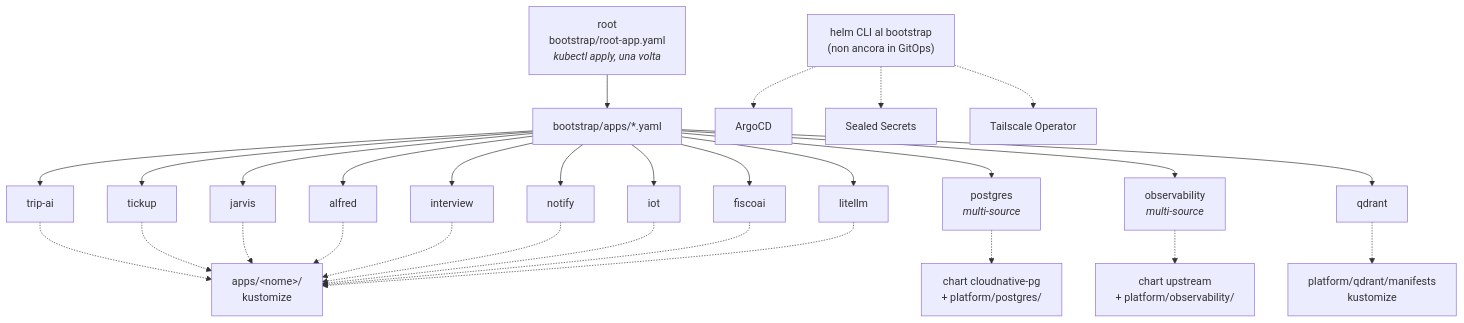
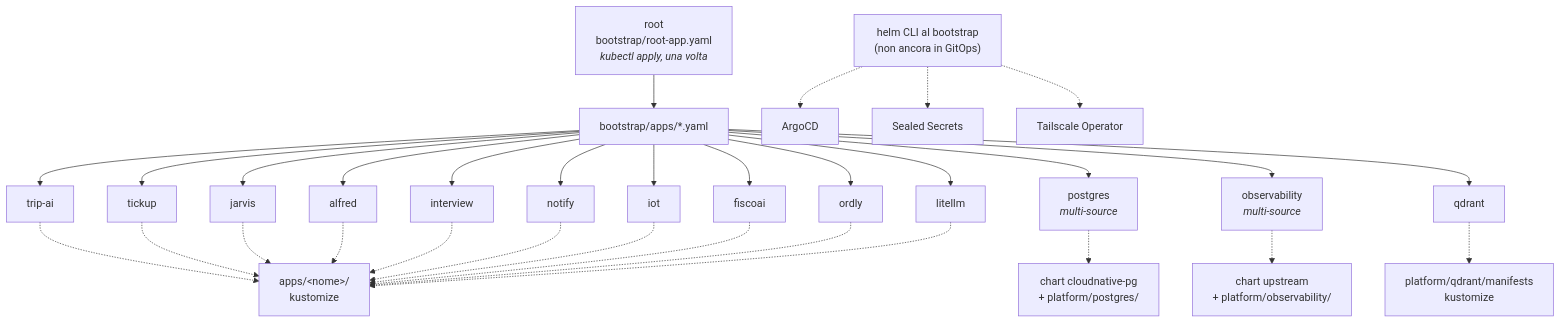
The third of 8 diagrams in README.md (gmottola00/Home-Lab-Infra), drawn with Mermaid before and after one commit. The commit also changed other lines of this file and 14 other files, not shown here.

````diff
--- a/README.md
+++ b/README.md
@@ -141,17 +143,17 @@
 ```mermaid
 flowchart TD
     root["root<br/>bootstrap/root-app.yaml<br/><i>kubectl apply, una volta</i>"] --> dir["bootstrap/apps/*.yaml"]
 
-    dir --> a1["trip-ai"] & a2["tickup"] & a3["jarvis"] & a4["alfred"] & a5["interview"] & a6["notify"] & a7["iot"] & a8["fiscoai"]
+    dir --> a1["trip-ai"] & a2["tickup"] & a3["jarvis"] & a4["alfred"] & a5["interview"] & a6["notify"] & a7["iot"] & a8["fiscoai"] & a9["ordly"]
     dir --> p1["litellm"]
     dir --> p2["postgres<br/><i>multi-source</i>"]
     dir --> p3["observability<br/><i>multi-source</i>"]
     dir --> p4["qdrant"]
 
-    a1 & a2 & a3 & a4 & a5 & a6 & a7 & a8 & p1 -.-> k["apps/#lt;nome#gt;/<br/>kustomize"]
+    a1 & a2 & a3 & a4 & a5 & a6 & a7 & a8 & a9 & p1 -.-> k["apps/#lt;nome#gt;/<br/>kustomize"]
     p2 -.-> pc["chart cloudnative-pg<br/>+ platform/postgres/"]
     p3 -.-> oc["chart upstream<br/>+ platform/observability/"]
     p4 -.-> qc["platform/qdrant/manifests<br/>kustomize"]
 
     helm["helm CLI al bootstrap<br/>(non ancora in GitOps)"] -.-> h1["ArgoCD"] & h2["Sealed Secrets"] & h3["Tailscale Operator"]
 ```
````
